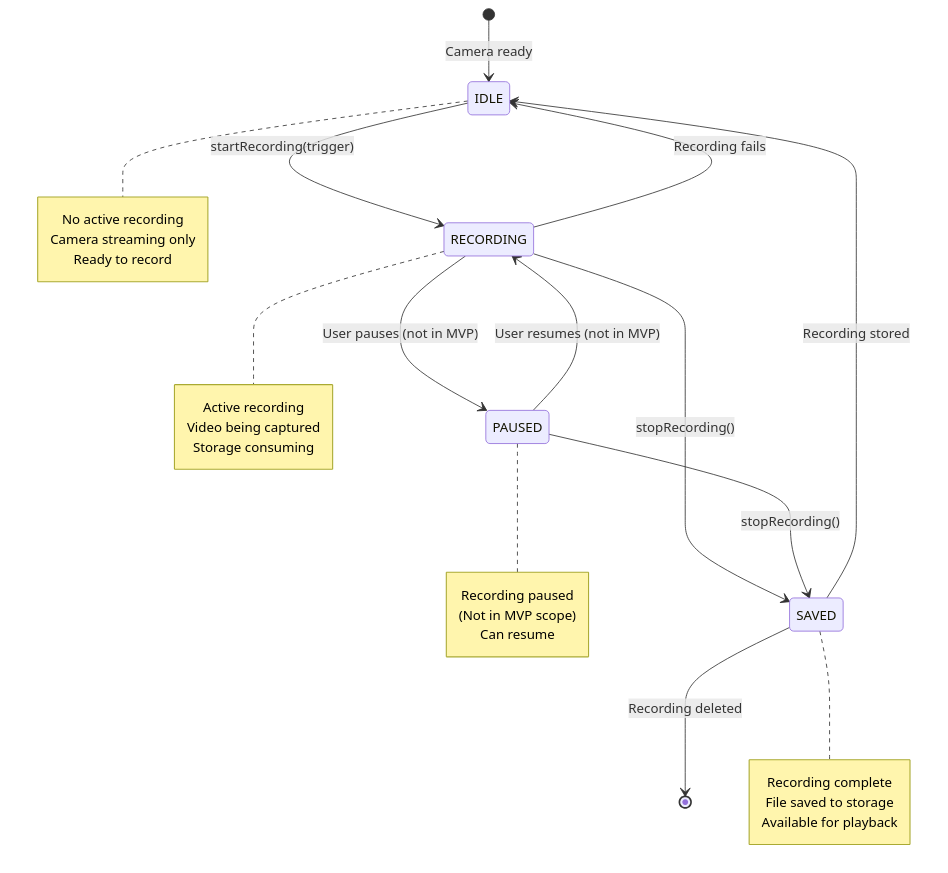
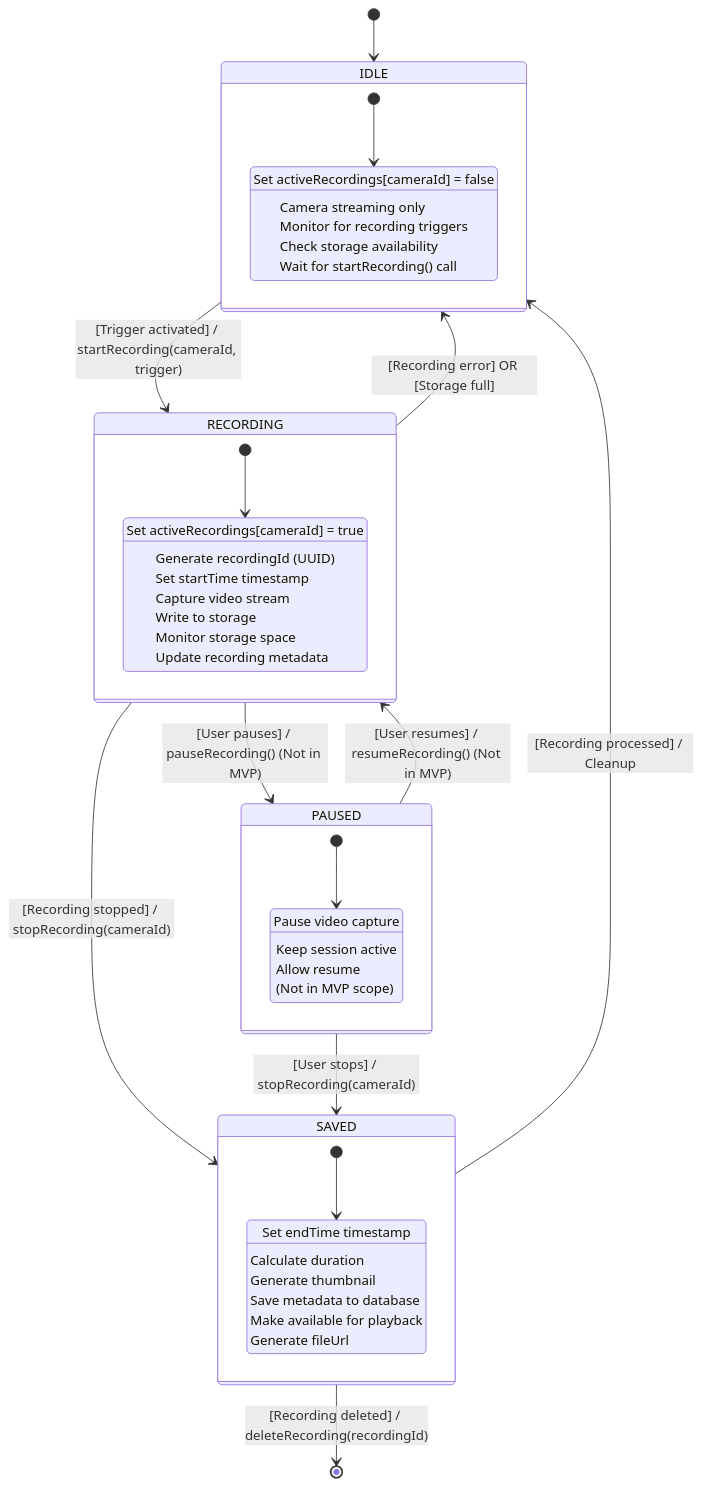
One commit to mj010101/swe_25f changed the eighth of 8 diagrams in diagrams/state_diagrams.md. Above: the diagram before and after it, drawn with Mermaid. The commit also changed other lines of this file, not shown here.

Commit message:
fix: state diagrams

````diff
--- a/diagrams/state_diagrams.md
+++ b/diagrams/state_diagrams.md
@@ -443,40 +508,54 @@
 ```mermaid
 stateDiagram-v2
-    [*] --> IDLE: Camera ready
+    [*] --> IDLE
 
-    IDLE --> RECORDING: startRecording(trigger)
+    state IDLE {
+        [*] --> Ready
+        Ready: Set activeRecordings[cameraId] = false
+        Ready: Camera streaming only
+        Ready: Monitor for recording triggers
+        Ready: Check storage availability
+        Ready: Wait for startRecording() call
+    }
+
+    state RECORDING {
+        [*] --> Capturing
+        Capturing: Set activeRecordings[cameraId] = true
+        Capturing: Generate recordingId (UUID)
+        Capturing: Set startTime timestamp
+        Capturing: Capture video stream
+        Capturing: Write to storage
+        Capturing: Monitor storage space
+        Capturing: Update recording metadata
+    }
+
+    state PAUSED {
+        [*] --> Suspended
+        Suspended: Pause video capture
+        Suspended: Keep session active
+        Suspended: Allow resume
+        Suspended: (Not in MVP scope)
+    }
+
+    state SAVED {
+        [*] --> Stored
+        Stored: Set endTime timestamp
+        Stored: Calculate duration
+        Stored: Generate thumbnail
+        Stored: Save metadata to database
+        Stored: Make available for playback
+        Stored: Generate fileUrl
+    }
+
+    IDLE --> RECORDING: [Trigger activated] / startRecording(cameraId, trigger)
     
-    RECORDING --> PAUSED: User pauses (not in MVP)
-    RECORDING --> SAVED: stopRecording()
-    RECORDING --> IDLE: Recording fails
+    RECORDING --> PAUSED: [User pauses] / pauseRecording() (Not in MVP)
+    RECORDING --> SAVED: [Recording stopped] / stopRecording(cameraId)
+    RECORDING --> IDLE: [Recording error] OR [Storage full]
     
-    PAUSED --> RECORDING: User resumes (not in MVP)
-    PAUSED --> SAVED: stopRecording()
+    PAUSED --> RECORDING: [User resumes] / resumeRecording() (Not in MVP)
+    PAUSED --> SAVED: [User stops] / stopRecording(cameraId)
     
-    SAVED --> IDLE: Recording stored
-    SAVED --> [*]: Recording deleted
-
-    note right of IDLE
-        No active recording
-        Camera streaming only
-        Ready to record
-    end note
-
-    note right of RECORDING
-        Active recording
-        Video being captured
-        Storage consuming
-    end note
-
-    note right of PAUSED
-        Recording paused
-        (Not in MVP scope)
-        Can resume
-    end note
-
-    note right of SAVED
-        Recording complete
-        File saved to storage
-        Available for playback
-    end note
+    SAVED --> IDLE: [Recording processed] / Cleanup
+    SAVED --> [*]: [Recording deleted] / deleteRecording(recordingId)
 ```
````
